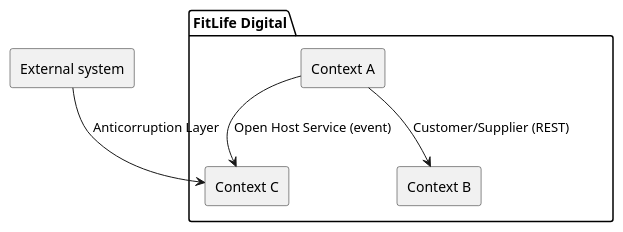
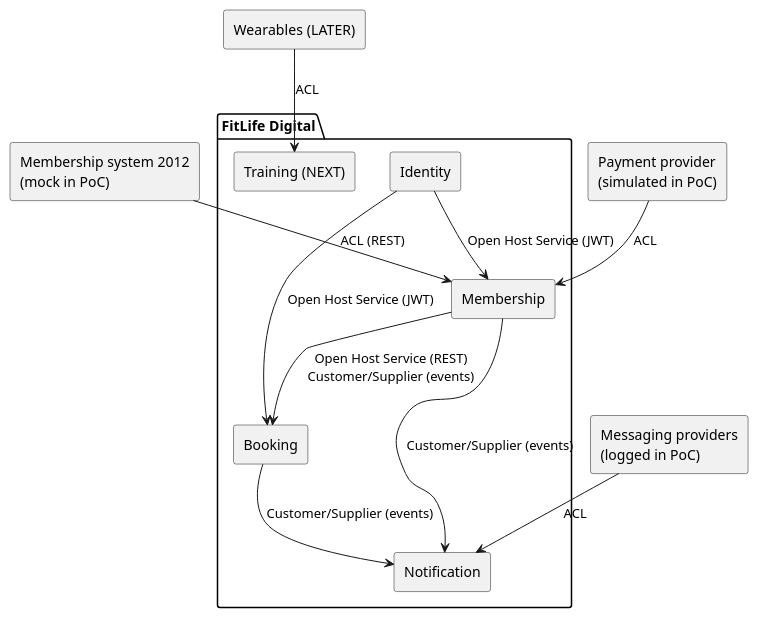
One commit to EDB-Sport/fitlife changed the diagram in docs/domain/CONTEXT-MAP.md. Above: the diagram before and after it, drawn with PlantUML. The commit also changed other lines of this file and 3 other files, not shown here.

````diff
--- a/docs/domain/CONTEXT-MAP.md
+++ b/docs/domain/CONTEXT-MAP.md
@@ -39,17 +93,28 @@
 ```plantuml
 @startuml
 skinparam componentStyle rectangle
 skinparam shadowing false
 
 package "FitLife Digital" {
-  [Context A] as A
-  [Context B] as B
-  [Context C] as C
+  [Booking] as B
+  [Membership] as M
+  [Notification] as N
+  [Identity] as I
+  [Training (NEXT)] as T
 }
-[External system] as EXT
+[Membership system 2012\n(mock in PoC)] as LEG
+[Payment provider\n(simulated in PoC)] as PAY
+[Messaging providers\n(logged in PoC)] as MSG
+[Wearables (LATER)] as W
 
-A --> B : Customer/Supplier (REST)
-A --> C : Open Host Service (event)
-EXT --> C : Anticorruption Layer
+LEG --> M : ACL (REST)
+PAY --> M : ACL
+I --> B : Open Host Service (JWT)
+I --> M : Open Host Service (JWT)
+M --> B : Open Host Service (REST)\nCustomer/Supplier (events)
+B --> N : Customer/Supplier (events)
+M --> N : Customer/Supplier (events)
+MSG --> N : ACL
+W --> T : ACL
 @enduml
 ```
````
